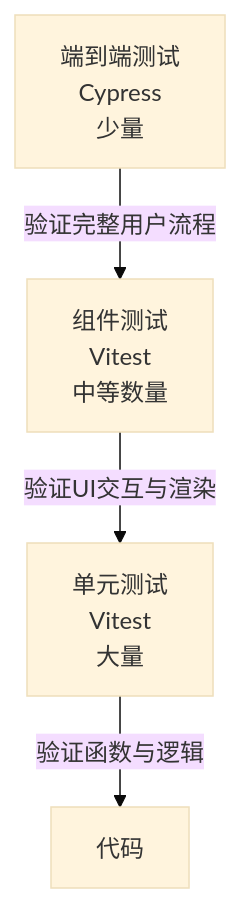
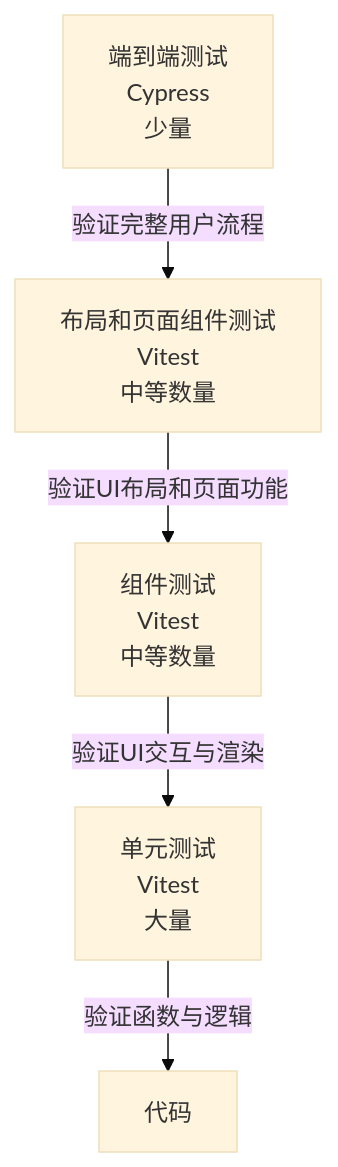
Before and after one commit to fengerzh/react-vscode-template: the second of 2 diagrams in .qoder/repowiki/zh/content/测试策略/测试策略.md, drawn with Mermaid (base theme). The commit also changed other lines of this file and 4 other files, not shown here.

````diff
--- a/.qoder/repowiki/zh/content/测试策略/测试策略.md
+++ b/.qoder/repowiki/zh/content/测试策略/测试策略.md
@@ -71,6 +91,7 @@
 ```mermaid
 graph TD
-A[端到端测试<br/>Cypress<br/>少量] --> |验证完整用户流程| B[组件测试<br/>Vitest<br/>中等数量]
-B --> |验证UI交互与渲染| C[单元测试<br/>Vitest<br/>大量]
-C --> |验证函数与逻辑| D[代码]
+A[端到端测试<br/>Cypress<br/>少量] --> |验证完整用户流程| B[布局和页面组件测试<br/>Vitest<br/>中等数量]
+B --> |验证UI布局和页面功能| C[组件测试<br/>Vitest<br/>中等数量]
+C --> |验证UI交互与渲染| D[单元测试<br/>Vitest<br/>大量]
+D --> |验证函数与逻辑| E[代码]
 ```
````
